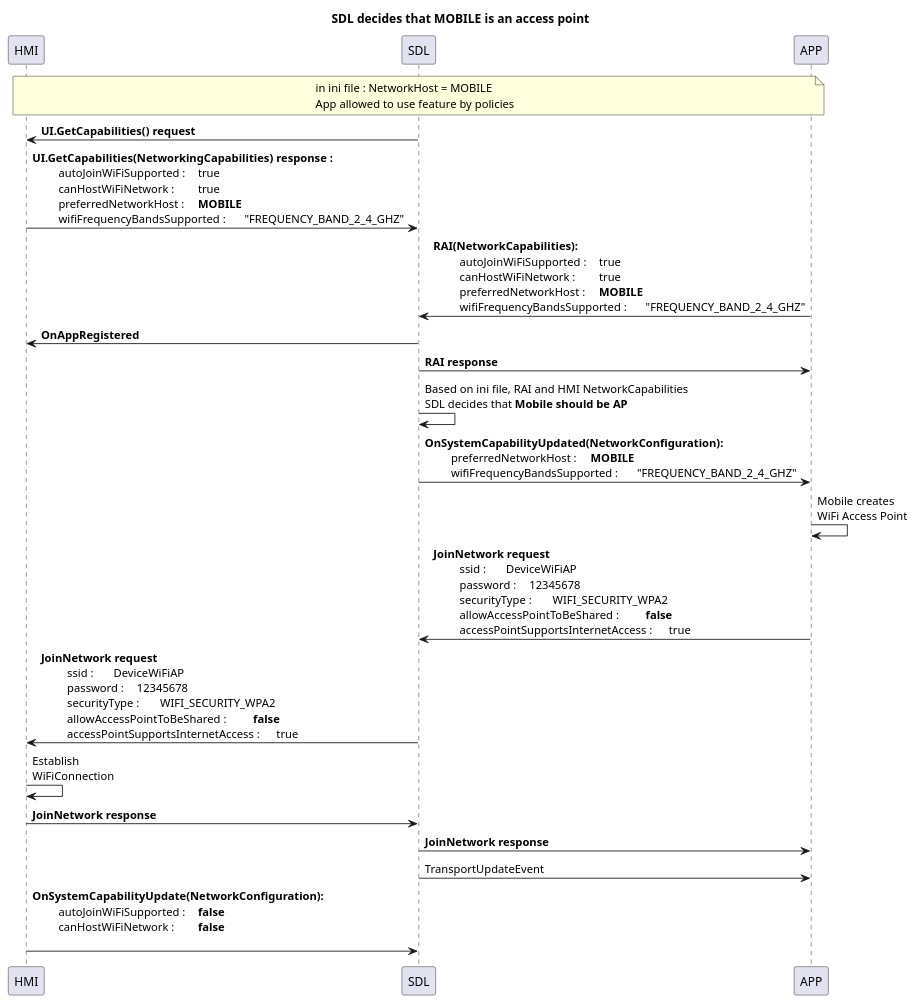
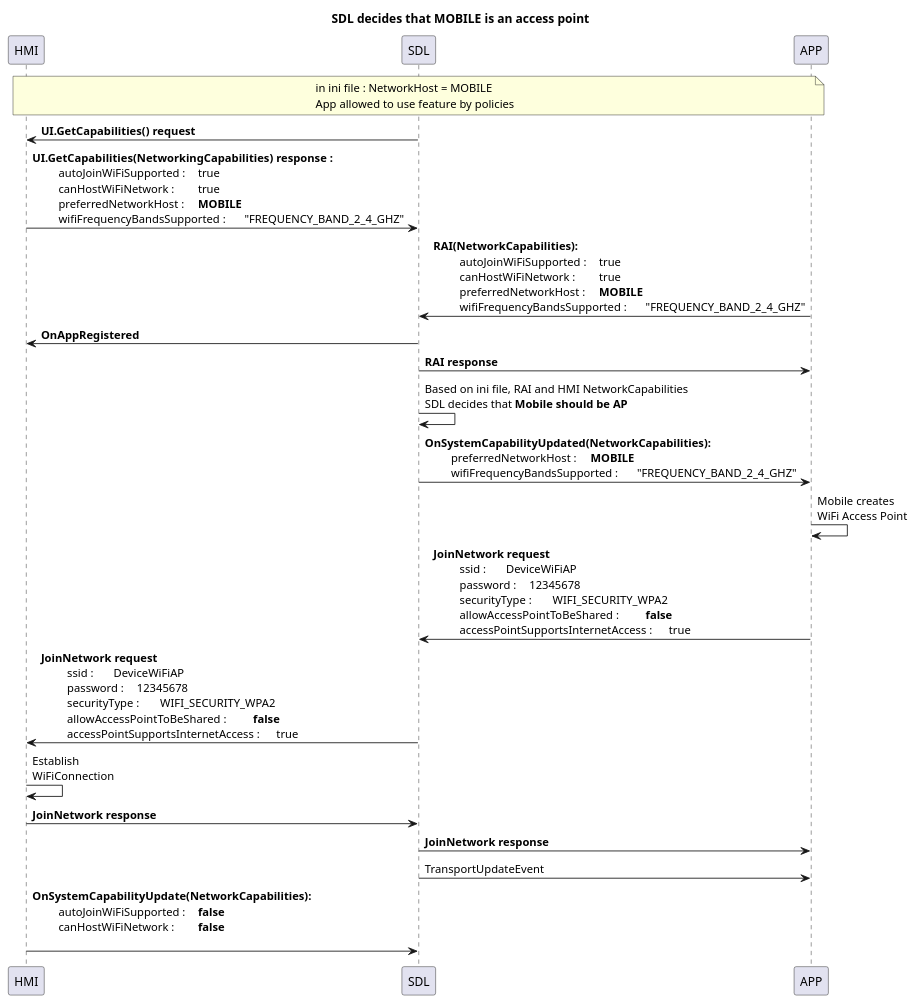
One commit to smartdevicelink/sdl_evolution changed the diagram in assets/proposals/0245-sharing-wifi-ssid-and-password/mobile_access_point.puml. Above: the diagram before and after it, drawn with PlantUML. The commit also changed 5 other files, not shown here.

Commit message:
Replace NetworkConfiguration to NetworkCapabilities

```diff
--- a/assets/proposals/0245-sharing-wifi-ssid-and-password/mobile_access_point.puml
+++ b/assets/proposals/0245-sharing-wifi-ssid-and-password/mobile_access_point.puml
@@ -1,64 +1,64 @@
 @startuml
 !pragma teoz true
 
 title SDL decides that MOBILE is an access point
 participant HMI
 participant SDL
 participant APP
 
 note over HMI, APP: in ini file : NetworkHost = MOBILE \n\
 App allowed to use feature by policies
 
 SDL -> HMI : <b>UI.GetCapabilities() request
 HMI -> SDL : <b>UI.GetCapabilities(NetworkingCapabilities) response : \n\
 \t autoJoinWiFiSupported : \t true \n\
 \t canHostWiFiNetwork : \t true \n\
 \t preferredNetworkHost : \t **MOBILE** \n\
 \t wifiFrequencyBandsSupported : \t "FREQUENCY_BAND_2_4_GHZ" 
 
 APP -> SDL : <b>RAI(NetworkCapabilities): \n\
 \t autoJoinWiFiSupported : \t true \n\
 \t canHostWiFiNetwork : \t true \n\
 \t preferredNetworkHost : \t **MOBILE** \n\
 \t wifiFrequencyBandsSupported : \t "FREQUENCY_BAND_2_4_GHZ"
 
 SDL -> HMI : <b>OnAppRegistered 
 SDL -> APP : <b>RAI response 
 
 SDL -> SDL : Based on ini file, RAI and HMI NetworkCapabilities\n\
 SDL decides that **Mobile should be AP** 
 
-SDL -> APP:  <b>OnSystemCapabilityUpdated(NetworkConfiguration): \n\
+SDL -> APP:  <b>OnSystemCapabilityUpdated(NetworkCapabilities): \n\
 \t preferredNetworkHost : \t **MOBILE** \n\
 \t wifiFrequencyBandsSupported : \t "FREQUENCY_BAND_2_4_GHZ"  
 
 APP -> APP : Mobile creates \n\
 WiFi Access Point
 
 APP -> SDL: <b>JoinNetwork request\n\
 \t ssid : \t DeviceWiFiAP \n\
 \t password : \t 12345678 \n\
 \t securityType : \t WIFI_SECURITY_WPA2 \n\
 \t allowAccessPointToBeShared : \t **false** \n\
 \t accessPointSupportsInternetAccess : \t true
 
 SDL -> HMI: <b>JoinNetwork request\n\
 \t ssid : \t DeviceWiFiAP \n\
 \t password : \t 12345678 \n\
 \t securityType : \t WIFI_SECURITY_WPA2 \n\
 \t allowAccessPointToBeShared : \t **false** \n\
 \t accessPointSupportsInternetAccess : \t true
 
 HMI -> HMI : Establish \n\
 WiFiConnection
 
 HMI -> SDL : <b>JoinNetwork response
 SDL -> APP : <b>JoinNetwork response
 
 SDL -> APP: TransportUpdateEvent
 
-HMI -> SDL:  <b>OnSystemCapabilityUpdate(NetworkConfiguration): \n\
+HMI -> SDL:  <b>OnSystemCapabilityUpdate(NetworkCapabilities): \n\
 \t autoJoinWiFiSupported : \t **false** \n\
 \t canHostWiFiNetwork : \t **false**  \n\
 
 @enduml
```
